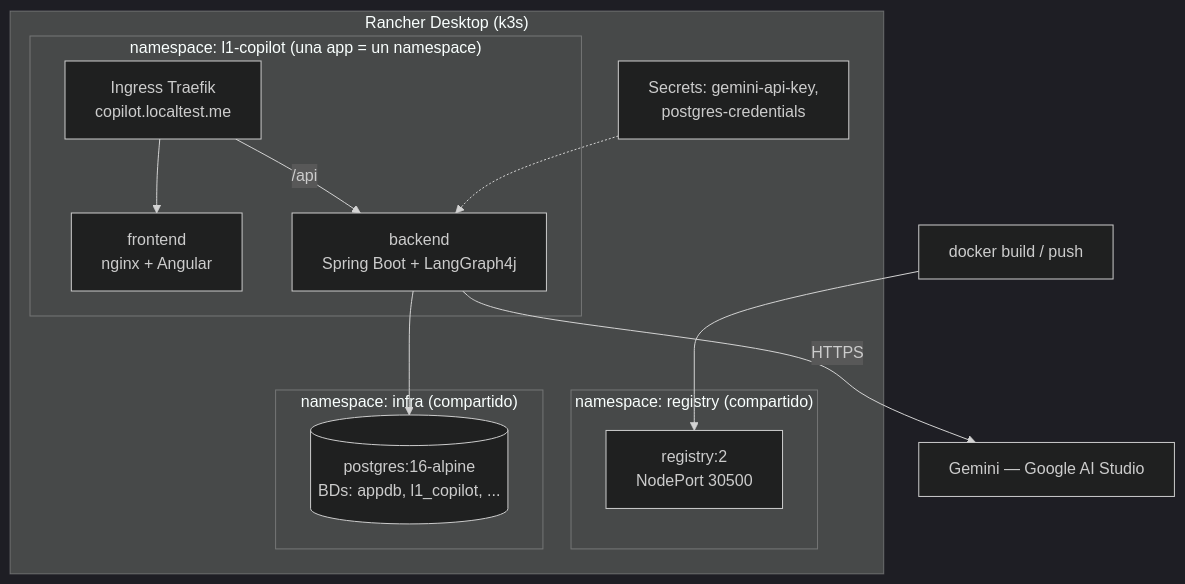
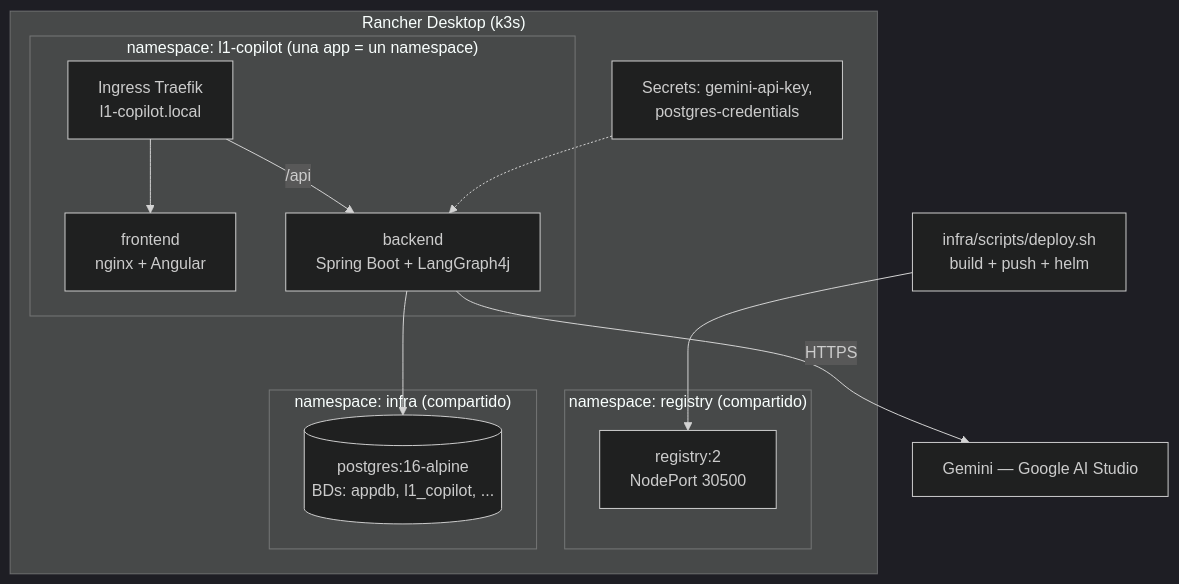
Before and after one commit to mikel0ne/ai-platform-portfolio: the diagram in l1-copilot/docs/infraestructura/README.md, drawn with Mermaid (dark theme). The commit also changed other lines of this file and 19 other files, not shown here.

Commit message:
docs(l1-copilot): make the documentation match the actual code and infra

````diff
--- a/l1-copilot/docs/infraestructura/README.md
+++ b/l1-copilot/docs/infraestructura/README.md
@@ -16,19 +16,19 @@
 ```mermaid
 graph TB
     subgraph Cluster ["Rancher Desktop (k3s)"]
         subgraph reg ["namespace: registry (compartido)"]
             REG[registry:2<br/>NodePort 30500]
         end
         subgraph infra ["namespace: infra (compartido)"]
             PG[(postgres:16-alpine<br/>BDs: appdb, l1_copilot, ...)]
         end
         subgraph app ["namespace: l1-copilot (una app = un namespace)"]
-            ING[Ingress Traefik<br/>copilot.localtest.me] --> FE[frontend<br/>nginx + Angular]
+            ING[Ingress Traefik<br/>l1-copilot.local] --> FE[frontend<br/>nginx + Angular]
             ING -->|/api| BE[backend<br/>Spring Boot + LangGraph4j]
         end
         BE --> PG
         SEC[Secrets: gemini-api-key,<br/>postgres-credentials] -.-> BE
     end
     BE -->|HTTPS| GEM[Gemini — Google AI Studio]
-    DEV[docker build / push] --> REG
+    DEV[infra/scripts/deploy.sh<br/>build + push + helm] --> REG
 ```
````
